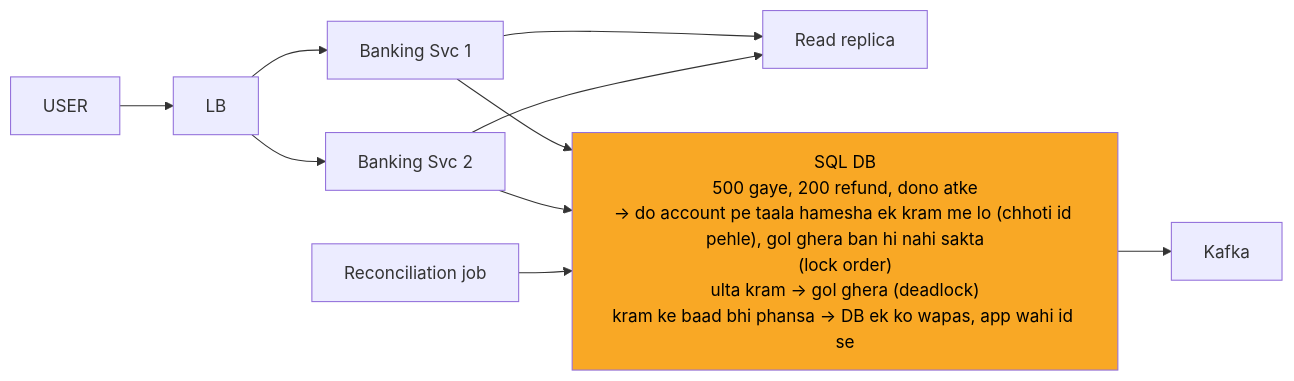
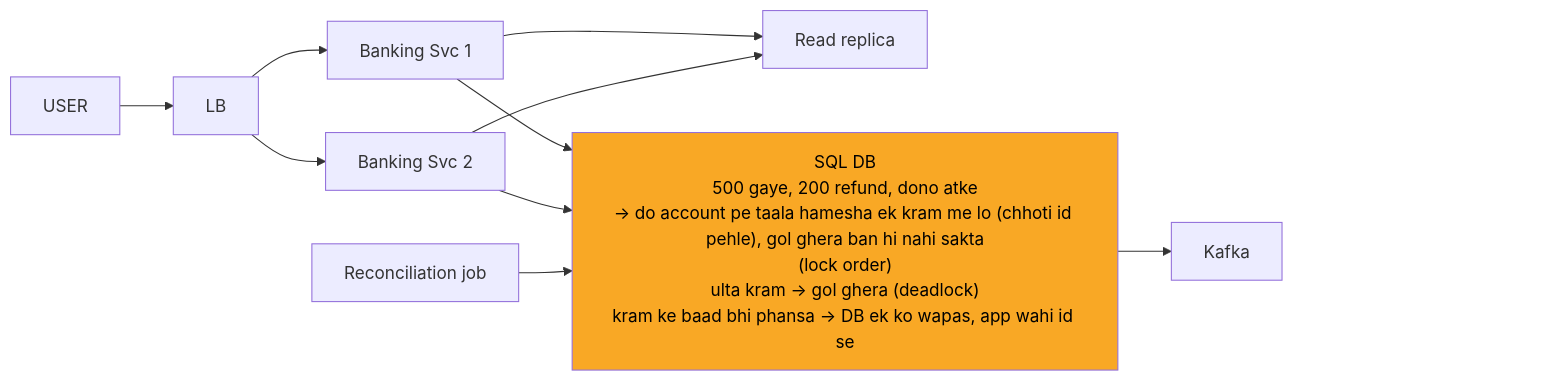
One commit to ArpanMaheshwari144/Prep changed the tenth of 13 diagrams in 04_HLD/SYSTEM_DESIGNS/13_banking_system/13_banking_system.md. Above: the diagram before and after it, drawn with Mermaid. The commit also changed other lines of this file and 13 other files, not shown here.

Commit message:
hld 14 file: har diagram ke daayein andekha dabba, zoom button asli dabbe pe na aaye

````diff
--- a/04_HLD/SYSTEM_DESIGNS/13_banking_system/13_banking_system.md
+++ b/04_HLD/SYSTEM_DESIGNS/13_banking_system/13_banking_system.md
@@ -334,22 +358,25 @@
 ```mermaid
 %%{init: {"flowchart": {"wrappingWidth": 450}}}%%
 flowchart LR
     n_USER["USER"]
     n_LB["LB"]
     n_S1["Banking Svc 1"]
     n_S2["Banking Svc 2"]
     n_RR["Read replica"]
     n_DB["SQL DB<br/>500 gaye, 200 refund, dono atke<br/>-> do account pe taala hamesha ek kram me lo (chhoti id pehle), gol ghera ban hi nahi sakta<br/>(lock order)<br/>ulta kram -> gol ghera (deadlock)<br/>kram ke baad bhi phansa -> DB ek ko wapas, app wahi id se"]
     n_K["Kafka"]
     n_REC["Reconciliation job"]
     n_USER --> n_LB
     n_LB --> n_S1
     n_LB --> n_S2
     n_S1 --> n_RR
     n_S2 --> n_RR
     n_S1 --> n_DB
     n_S2 --> n_DB
     n_DB --> n_K
     n_REC --> n_DB
+    n_pad["xxxxxxxxxxxxxxxx"]
+    n_K ~~~ n_pad
     style n_DB fill:#f9a825,color:#000
+    style n_pad fill:none,stroke:none,color:#ffffff00
 ```
````
